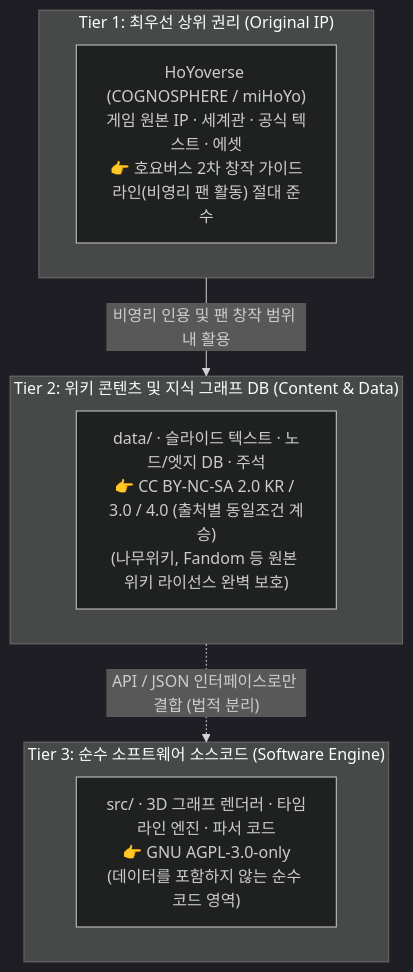
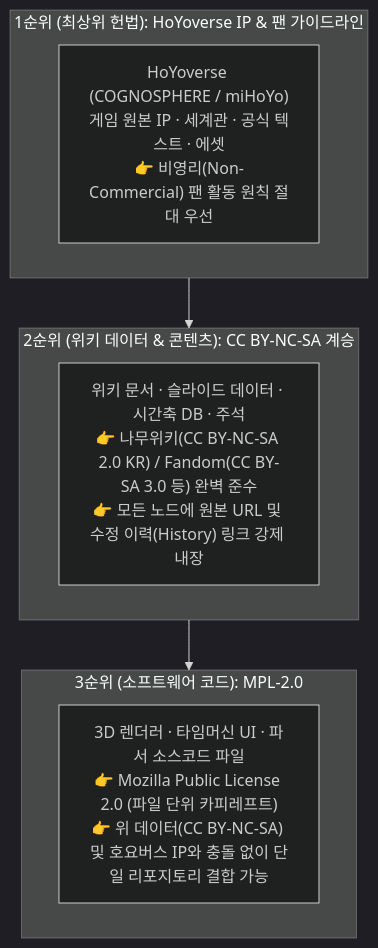
Before and after one commit to cenoda/aru-wiki: the diagram in docs/LEGAL_AND_LICENSE_POLICY.md, drawn with Mermaid (dark theme). The commit also changed other lines of this file and 3 other files, not shown here.

Commit message:
docs(license): simplify and harden license architecture using MPL-2.0 + CC BY-NC-SA

````diff
--- a/docs/LEGAL_AND_LICENSE_POLICY.md
+++ b/docs/LEGAL_AND_LICENSE_POLICY.md
@@ -23,17 +29,17 @@
 ```mermaid
 flowchart TD
-    subgraph Tier1["Tier 1: 최우선 상위 권리 (Original IP)"]
-        H["HoYoverse (COGNOSPHERE / miHoYo)<br/>게임 원본 IP · 세계관 · 공식 텍스트 · 에셋<br/>👉 호요버스 2차 창작 가이드라인(비영리 팬 활동) 절대 준수"]
+    subgraph P1["1순위 (최상위 헌법): HoYoverse IP & 팬 가이드라인"]
+        H["HoYoverse (COGNOSPHERE / miHoYo)<br/>게임 원본 IP · 세계관 · 공식 텍스트 · 에셋<br/>👉 비영리(Non-Commercial) 팬 활동 원칙 절대 우선"]
     end
 
-    subgraph Tier2["Tier 2: 위키 콘텐츠 및 지식 그래프 DB (Content & Data)"]
-        D["data/ · 슬라이드 텍스트 · 노드/엣지 DB · 주석<br/>👉 CC BY-NC-SA 2.0 KR / 3.0 / 4.0 (출처별 동일조건 계승)<br/>(나무위키, Fandom 등 원본 위키 라이선스 완벽 보호)"]
+    subgraph P2["2순위 (위키 데이터 & 콘텐츠): CC BY-NC-SA 계승"]
+        D["위키 문서 · 슬라이드 데이터 · 시간축 DB · 주석<br/>👉 나무위키(CC BY-NC-SA 2.0 KR) / Fandom(CC BY-SA 3.0 등) 완벽 준수<br/>👉 모든 노드에 원본 URL 및 수정 이력(History) 링크 강제 내장"]
     end
 
-    subgraph Tier3["Tier 3: 순수 소프트웨어 소스코드 (Software Engine)"]
-        C["src/ · 3D 그래프 렌더러 · 타임라인 엔진 · 파서 코드<br/>👉 GNU AGPL-3.0-only<br/>(데이터를 포함하지 않는 순수 코드 영역)"]
+    subgraph P3["3순위 (소프트웨어 코드): MPL-2.0"]
+        C["3D 렌더러 · 타임머신 UI · 파서 소스코드 파일<br/>👉 Mozilla Public License 2.0 (파일 단위 카피레프트)<br/>👉 위 데이터(CC BY-NC-SA) 및 호요버스 IP와 충돌 없이 단일 리포지토리 결합 가능"]
     end
 
-    Tier1 -->|"비영리 인용 및 팬 창작 범위 내 활용"| Tier2
-    Tier2 -.->|"API / JSON 인터페이스로만 결합 (법적 분리)"| Tier3
+    P1 --> P2
+    P2 --> P3
 ```
````
